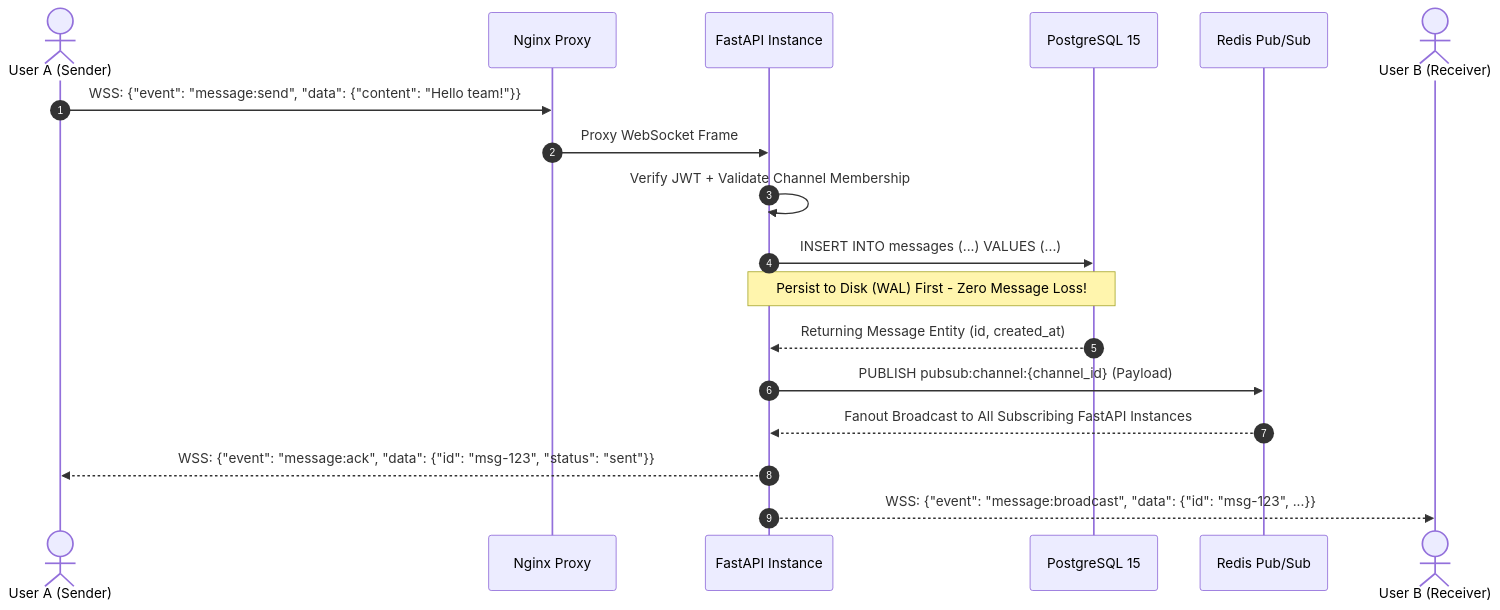
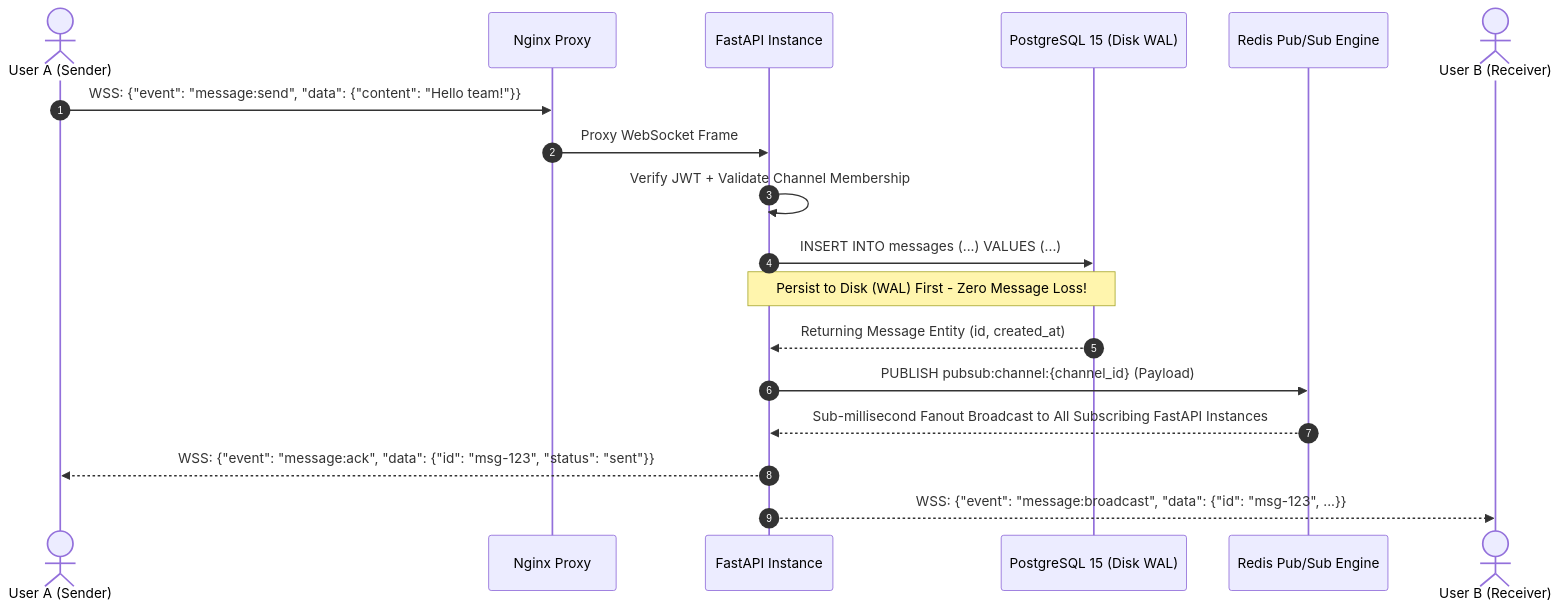
One commit to aldien-rebellion/livechat-workspace-backend changed the second of 2 diagrams in docs/workshop10_architecture_board.md. Above: the diagram before and after it, drawn with Mermaid. The commit also changed other lines of this file and 3 other files, not shown here.

````diff
--- a/docs/workshop10_architecture_board.md
+++ b/docs/workshop10_architecture_board.md
@@ -130,21 +117,21 @@
 ```mermaid
 sequenceDiagram
     autonumber
     actor Alice as User A (Sender)
     participant Nginx as Nginx Proxy
     participant API as FastAPI Instance
-    participant PG as PostgreSQL 15
-    participant Redis as Redis Pub/Sub
+    participant PG as PostgreSQL 15 (Disk WAL)
+    participant Redis as Redis Pub/Sub Engine
     actor Bob as User B (Receiver)
 
     Alice->>Nginx: WSS: {"event": "message:send", "data": {"content": "Hello team!"}}
     Nginx->>API: Proxy WebSocket Frame
     API->>API: Verify JWT + Validate Channel Membership
     API->>PG: INSERT INTO messages (...) VALUES (...)
     Note over API,PG: Persist to Disk (WAL) First - Zero Message Loss!
     PG-->>API: Returning Message Entity (id, created_at)
     API->>Redis: PUBLISH pubsub:channel:{channel_id} (Payload)
-    Redis-->>API: Fanout Broadcast to All Subscribing FastAPI Instances
+    Redis-->>API: Sub-millisecond Fanout Broadcast to All Subscribing FastAPI Instances
     API-->>Alice: WSS: {"event": "message:ack", "data": {"id": "msg-123", "status": "sent"}}
     API-->>Bob: WSS: {"event": "message:broadcast", "data": {"id": "msg-123", ...}}
 ```
````
